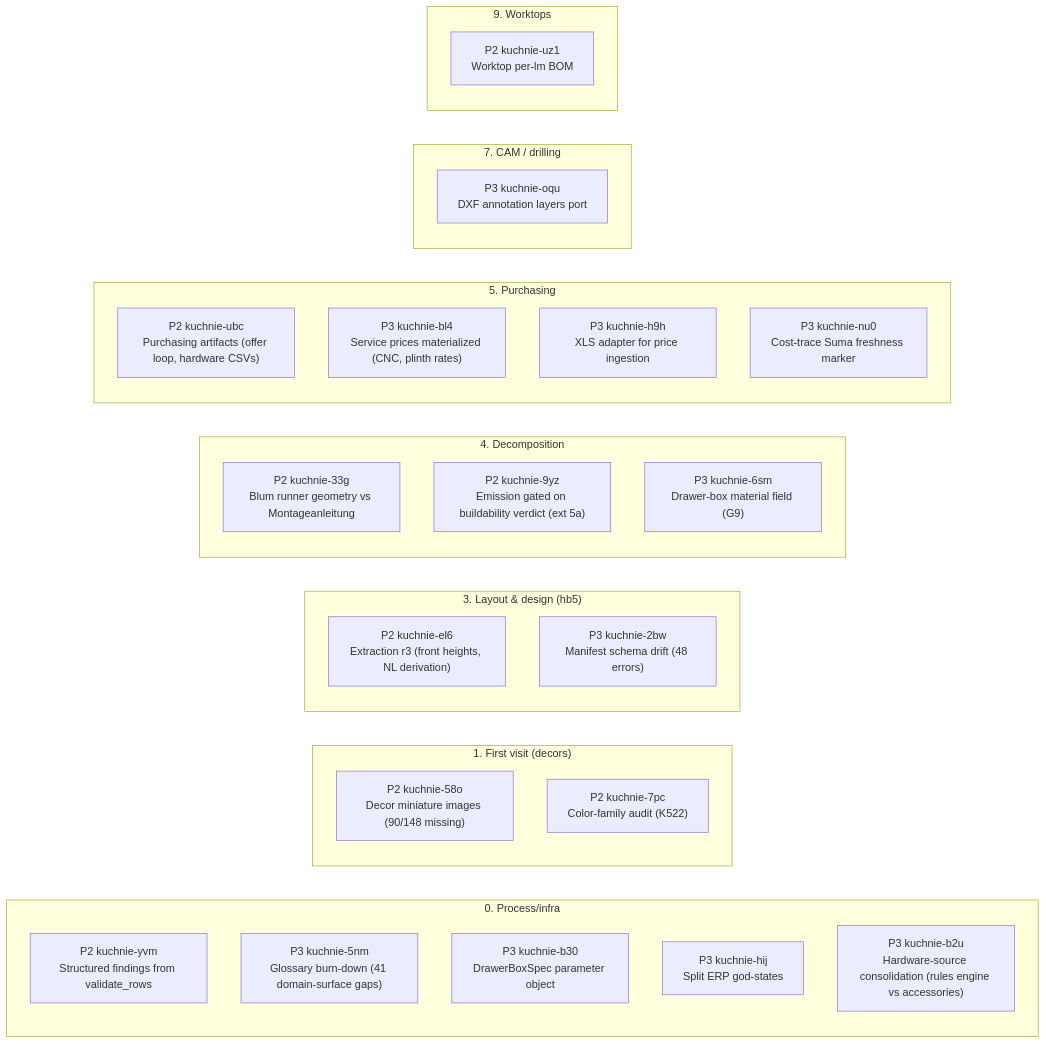
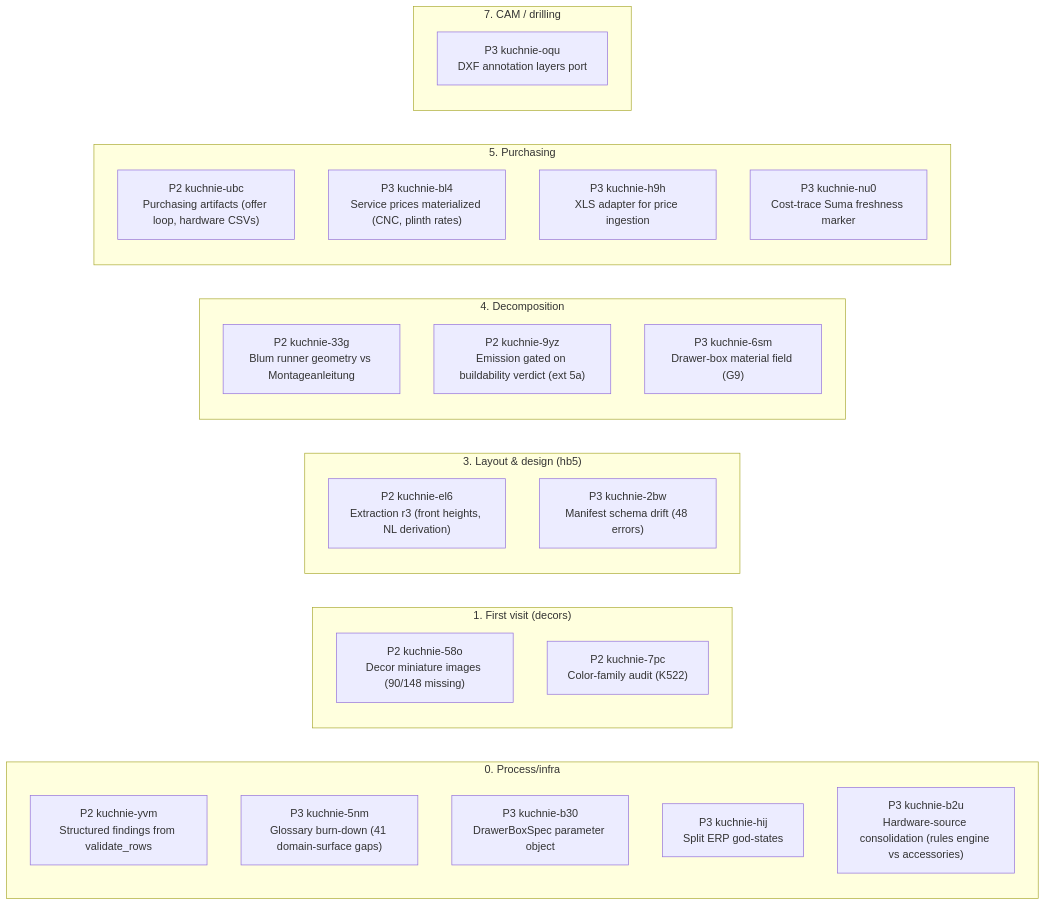
One commit to m1981/kuchnie changed the first of 2 diagrams in STATUS.md. Above: the diagram before and after it, drawn with Mermaid. The commit also changed other lines of this file and 2 other files, not shown here.

First line of the commit message:
truth: wk-4c37f4ee shipped as tr-17905dae (worktop per-lm BOM, R7 process-coverage acceptance now LIVE); 10 staled claims re-affirmed post-commit; STATUS regenerated

````diff
--- a/STATUS.md
+++ b/STATUS.md
@@ -109,35 +107,32 @@
 ```mermaid
 flowchart LR
     subgraph s0 ["0. Process/infra"]
         kuchnie_yvm["P2 kuchnie-yvm<br/>Structured findings from validate_rows"]
         kuchnie_5nm["P3 kuchnie-5nm<br/>Glossary burn-down (41 domain-surface gaps)"]
         kuchnie_b30["P3 kuchnie-b30<br/>DrawerBoxSpec parameter object"]
         kuchnie_hij["P3 kuchnie-hij<br/>Split ERP god-states"]
         kuchnie_b2u["P3 kuchnie-b2u<br/>Hardware-source consolidation (rules engine vs accessories)"]
     end
     subgraph s1 ["1. First visit (decors)"]
         kuchnie_58o["P2 kuchnie-58o<br/>Decor miniature images (90/148 missing)"]
         kuchnie_7pc["P2 kuchnie-7pc<br/>Color-family audit (K522)"]
     end
     subgraph s3 ["3. Layout & design (hb5)"]
         kuchnie_el6["P2 kuchnie-el6<br/>Extraction r3 (front heights, NL derivation)"]
         kuchnie_2bw["P3 kuchnie-2bw<br/>Manifest schema drift (48 errors)"]
     end
     subgraph s4 ["4. Decomposition"]
         kuchnie_33g["P2 kuchnie-33g<br/>Blum runner geometry vs Montageanleitung"]
         kuchnie_9yz["P2 kuchnie-9yz<br/>Emission gated on buildability verdict (ext 5a)"]
         kuchnie_6sm["P3 kuchnie-6sm<br/>Drawer-box material field (G9)"]
     end
     subgraph s5 ["5. Purchasing"]
         kuchnie_ubc["P2 kuchnie-ubc<br/>Purchasing artifacts (offer loop, hardware CSVs)"]
         kuchnie_bl4["P3 kuchnie-bl4<br/>Service prices materialized (CNC, plinth rates)"]
         kuchnie_h9h["P3 kuchnie-h9h<br/>XLS adapter for price ingestion"]
         kuchnie_nu0["P3 kuchnie-nu0<br/>Cost-trace Suma freshness marker"]
     end
     subgraph s7 ["7. CAM / drilling"]
         kuchnie_oqu["P3 kuchnie-oqu<br/>DXF annotation layers port"]
     end
-    subgraph s9 ["9. Worktops"]
-        kuchnie_uz1["P2 kuchnie-uz1<br/>Worktop per-lm BOM"]
-    end
 ```
````
